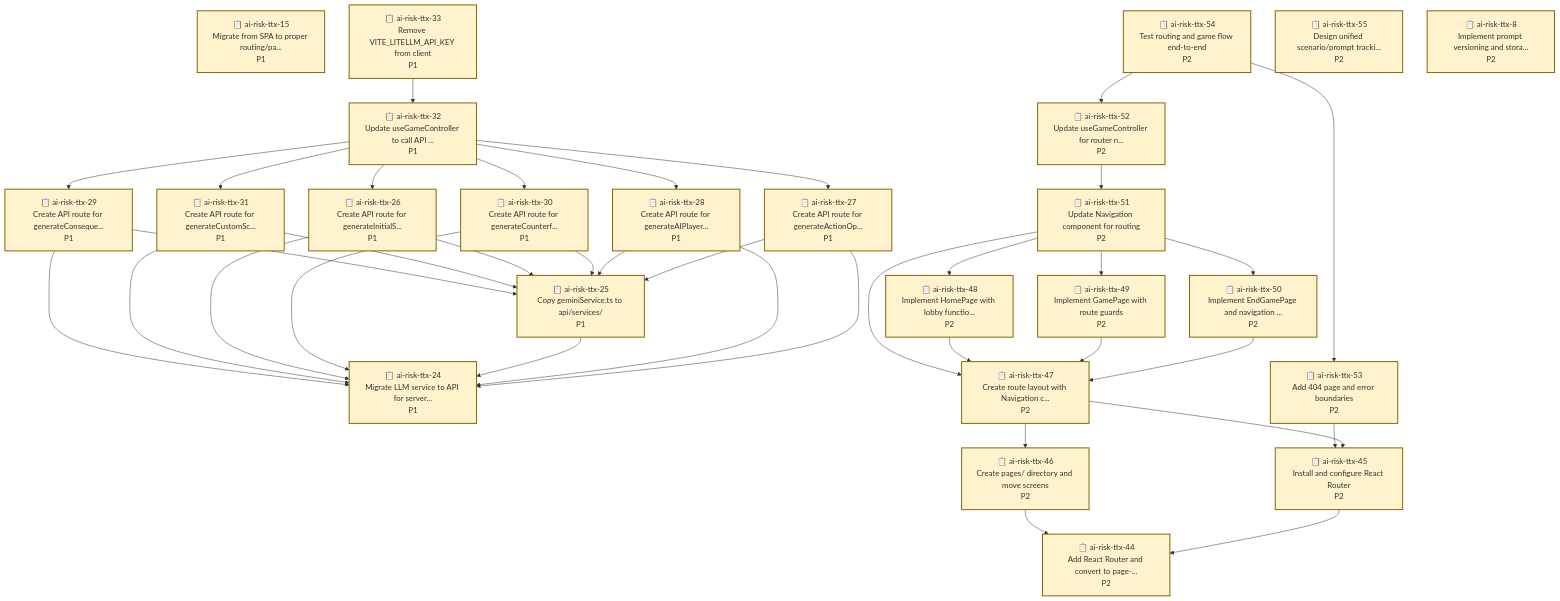
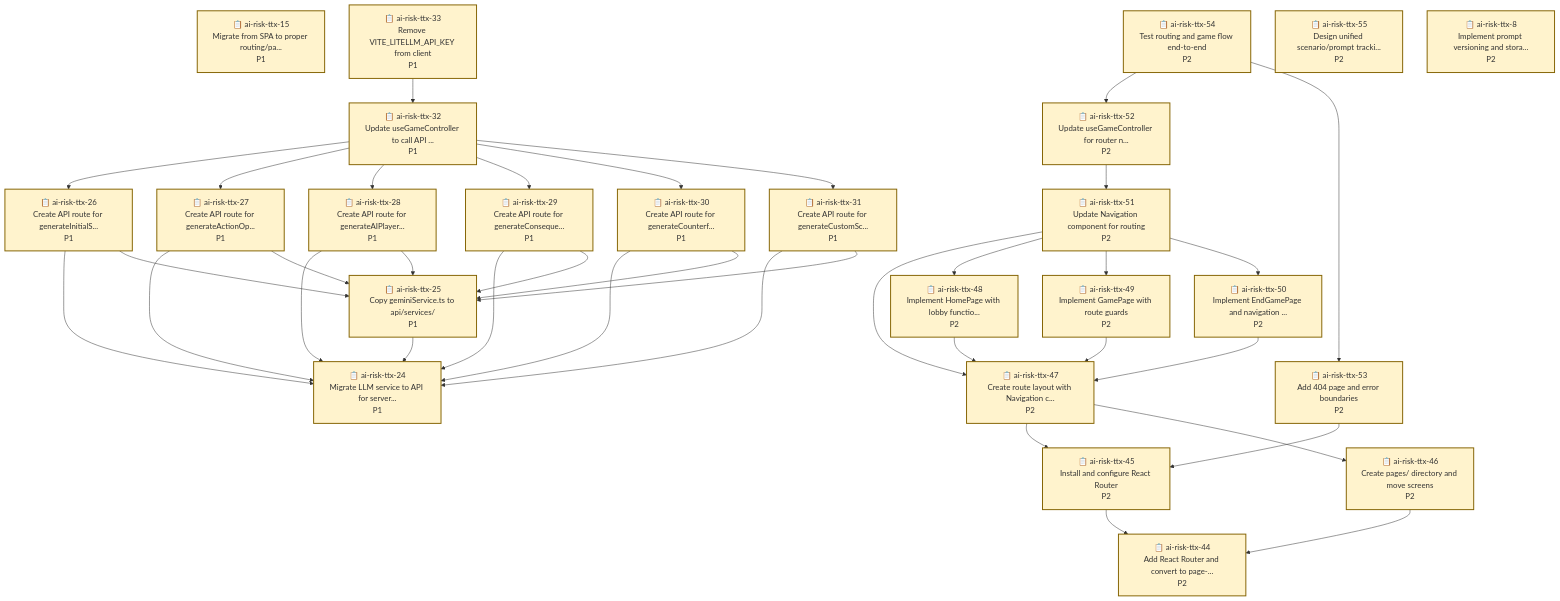
Before and after one commit to bhi5hmaraj/ai-risk-ttx: the diagram in README.md, drawn with Mermaid. The commit also changed other lines of this file and 2 other files, not shown here.

````diff
--- a/README.md
+++ b/README.md
@@ -186,39 +268,39 @@
     ai-risk-ttx-8["📋 ai-risk-ttx-8<br/>Implement prompt versioning and stora...<br/>P2"]
     style ai-risk-ttx-8 fill:#fff3cd,stroke:#856404,stroke-width:2px
 
-    ai-risk-ttx-53 --> ai-risk-ttx-45
+    ai-risk-ttx-25 --> ai-risk-ttx-24
     ai-risk-ttx-47 --> ai-risk-ttx-45
     ai-risk-ttx-47 --> ai-risk-ttx-46
-    ai-risk-ttx-33 --> ai-risk-ttx-32
-    ai-risk-ttx-46 --> ai-risk-ttx-44
-    ai-risk-ttx-52 --> ai-risk-ttx-51
-    ai-risk-ttx-45 --> ai-risk-ttx-44
-    ai-risk-ttx-29 --> ai-risk-ttx-24
-    ai-risk-ttx-29 --> ai-risk-ttx-25
+    ai-risk-ttx-48 --> ai-risk-ttx-47
     ai-risk-ttx-51 --> ai-risk-ttx-47
     ai-risk-ttx-51 --> ai-risk-ttx-48
     ai-risk-ttx-51 --> ai-risk-ttx-49
     ai-risk-ttx-51 --> ai-risk-ttx-50
-    ai-risk-ttx-31 --> ai-risk-ttx-24
-    ai-risk-ttx-31 --> ai-risk-ttx-25
+    ai-risk-ttx-26 --> ai-risk-ttx-24
+    ai-risk-ttx-26 --> ai-risk-ttx-25
     ai-risk-ttx-54 --> ai-risk-ttx-52
     ai-risk-ttx-54 --> ai-risk-ttx-53
-    ai-risk-ttx-26 --> ai-risk-ttx-24
-    ai-risk-ttx-26 --> ai-risk-ttx-25
-    ai-risk-ttx-30 --> ai-risk-ttx-24
-    ai-risk-ttx-30 --> ai-risk-ttx-25
-    ai-risk-ttx-48 --> ai-risk-ttx-47
-    ai-risk-ttx-25 --> ai-risk-ttx-24
-    ai-risk-ttx-28 --> ai-risk-ttx-24
-    ai-risk-ttx-28 --> ai-risk-ttx-25
     ai-risk-ttx-32 --> ai-risk-ttx-26
     ai-risk-ttx-32 --> ai-risk-ttx-27
     ai-risk-ttx-32 --> ai-risk-ttx-28
     ai-risk-ttx-32 --> ai-risk-ttx-29
     ai-risk-ttx-32 --> ai-risk-ttx-30
     ai-risk-ttx-32 --> ai-risk-ttx-31
+    ai-risk-ttx-46 --> ai-risk-ttx-44
+    ai-risk-ttx-30 --> ai-risk-ttx-24
+    ai-risk-ttx-30 --> ai-risk-ttx-25
+    ai-risk-ttx-31 --> ai-risk-ttx-24
+    ai-risk-ttx-31 --> ai-risk-ttx-25
+    ai-risk-ttx-33 --> ai-risk-ttx-32
+    ai-risk-ttx-52 --> ai-risk-ttx-51
+    ai-risk-ttx-28 --> ai-risk-ttx-24
+    ai-risk-ttx-28 --> ai-risk-ttx-25
     ai-risk-ttx-49 --> ai-risk-ttx-47
     ai-risk-ttx-27 --> ai-risk-ttx-24
     ai-risk-ttx-27 --> ai-risk-ttx-25
+    ai-risk-ttx-29 --> ai-risk-ttx-24
+    ai-risk-ttx-29 --> ai-risk-ttx-25
+    ai-risk-ttx-53 --> ai-risk-ttx-45
+    ai-risk-ttx-45 --> ai-risk-ttx-44
     ai-risk-ttx-50 --> ai-risk-ttx-47
 ```
````
